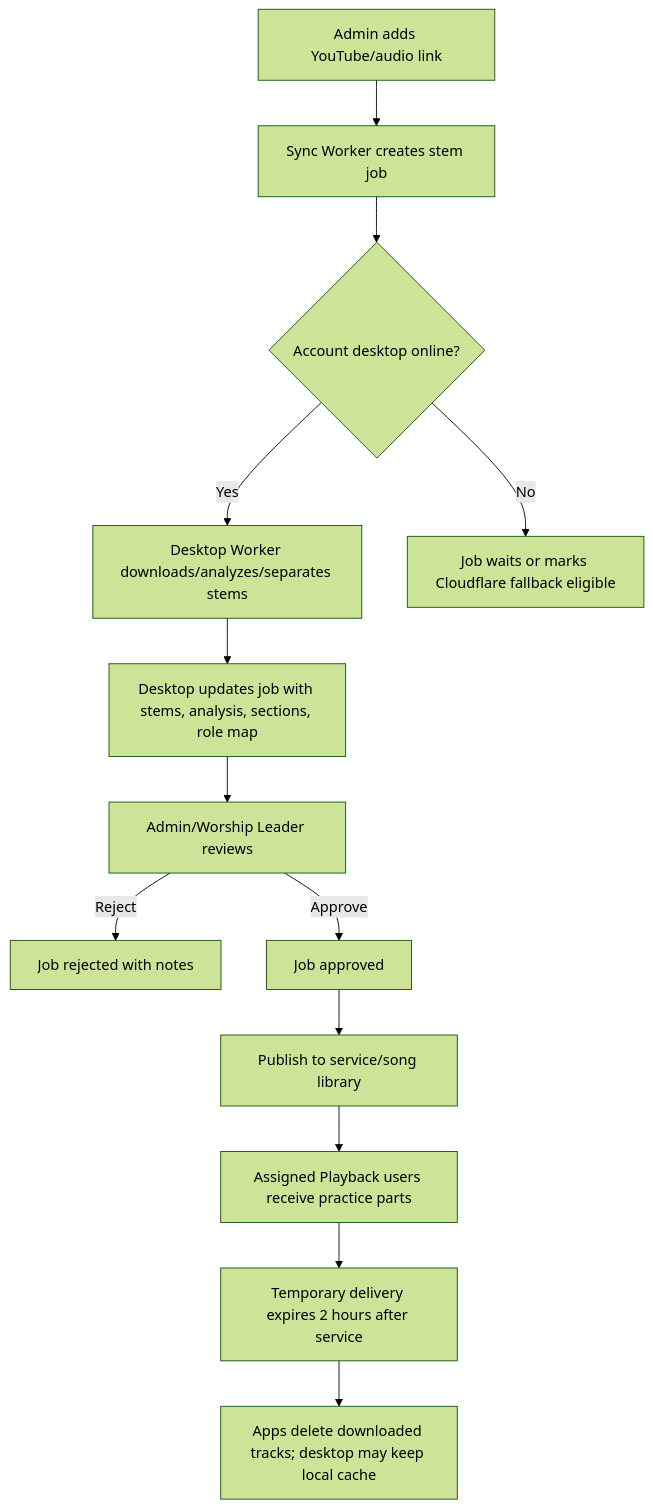
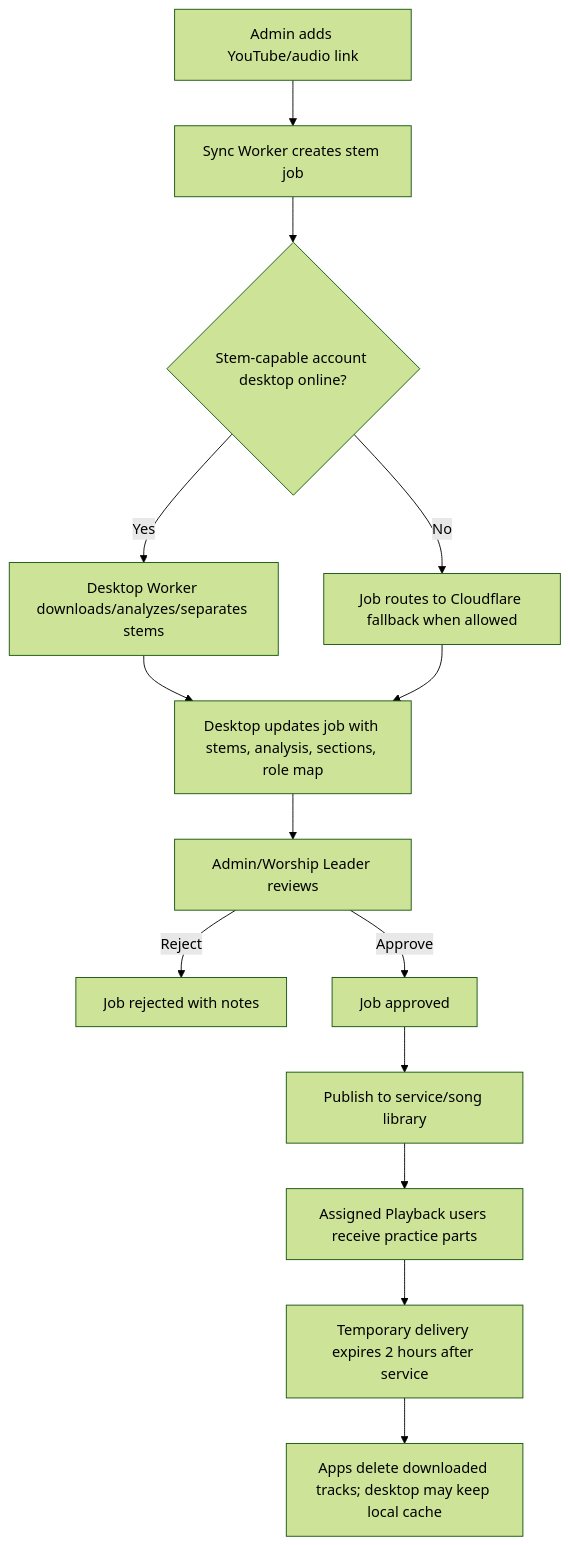
Before and after one commit to xxmineiroxx-sketch/Ultimate-musician-cinestage-vault: the diagram in docs/cinestage-desktop-stem-worker.md, drawn with Mermaid (forest theme). The commit also changed other lines of this file and 12 other files, not shown here.

````diff
--- a/docs/cinestage-desktop-stem-worker.md
+++ b/docs/cinestage-desktop-stem-worker.md
@@ -22,15 +22,16 @@
 ```mermaid
 flowchart TD
   A["Admin adds YouTube/audio link"] --> B["Sync Worker creates stem job"]
-  B --> C{"Account desktop online?"}
+  B --> C{"Stem-capable account desktop online?"}
   C -->|Yes| D["Desktop Worker downloads/analyzes/separates stems"]
-  C -->|No| E["Job waits or marks Cloudflare fallback eligible"]
+  C -->|No| E["Job routes to Cloudflare fallback when allowed"]
   D --> F["Desktop updates job with stems, analysis, sections, role map"]
+  E --> F
   F --> G["Admin/Worship Leader reviews"]
   G -->|Reject| H["Job rejected with notes"]
   G -->|Approve| I["Job approved"]
   I --> J["Publish to service/song library"]
   J --> K["Assigned Playback users receive practice parts"]
   K --> L["Temporary delivery expires 2 hours after service"]
   L --> M["Apps delete downloaded tracks; desktop may keep local cache"]
 ```
````
